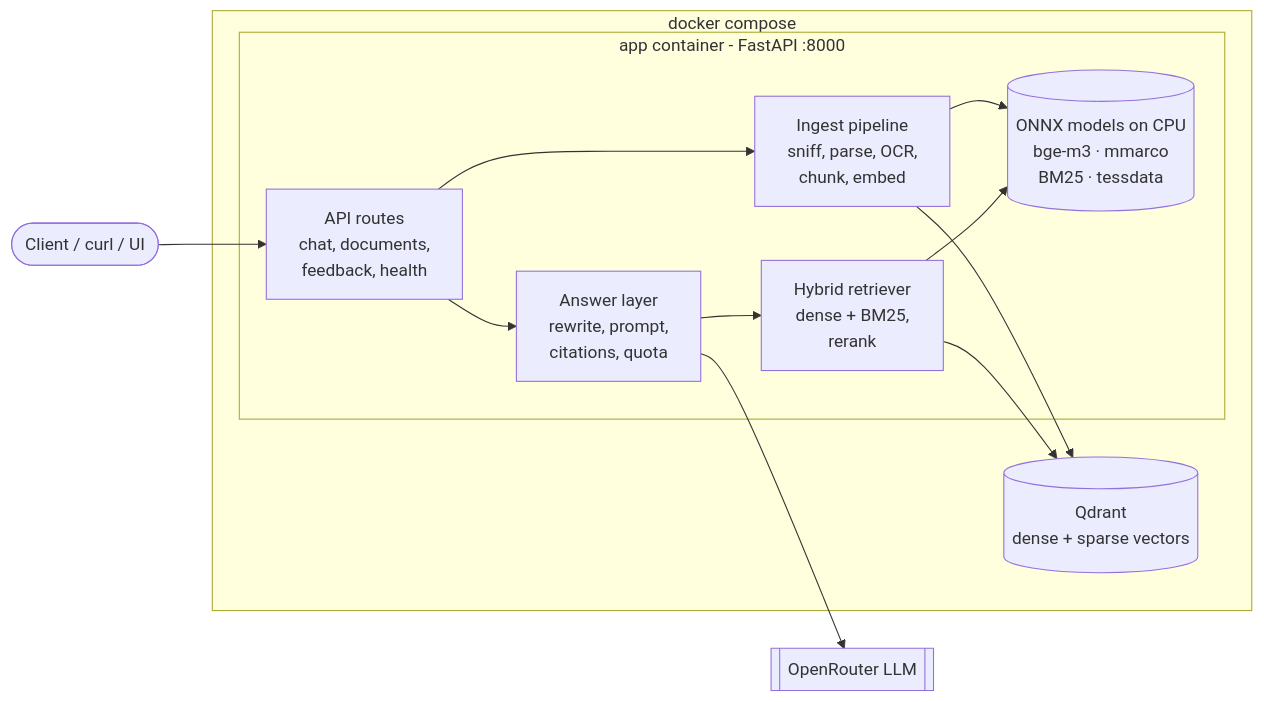
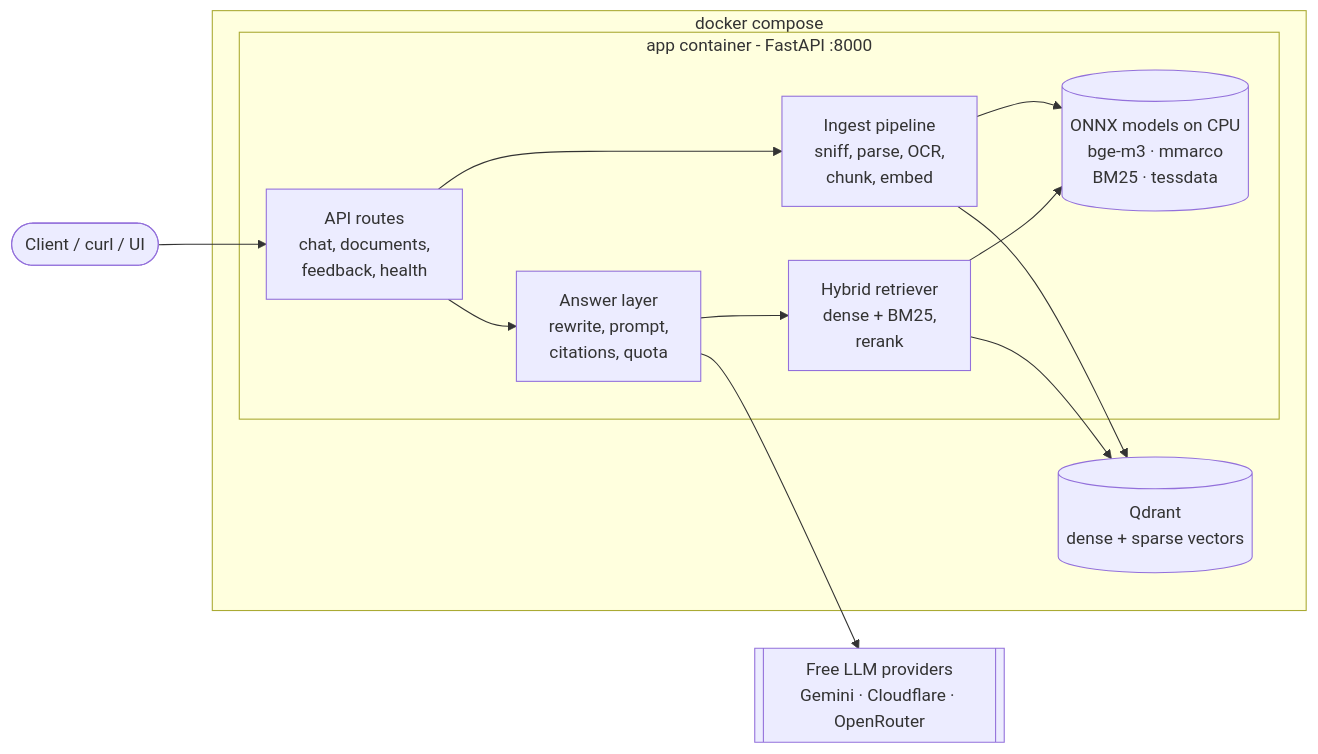
Before and after one commit to MicroClub-USTHB/micro-bot: the diagram in README.md, drawn with Mermaid. The commit also changed other lines of this file and 2 other files, not shown here.

Commit message:
docs: document the free llm providers and the answer cache

````diff
--- a/README.md
+++ b/README.md
@@ -83,27 +85,27 @@
 ```mermaid
 flowchart LR
     client([Client / curl / UI])
 
     subgraph compose[docker compose]
         subgraph app[app container - FastAPI :8000]
             api[API routes<br/>chat, documents,<br/>feedback, health]
             ingest[Ingest pipeline<br/>sniff, parse, OCR,<br/>chunk, embed]
             retr[Hybrid retriever<br/>dense + BM25,<br/>rerank]
             ans[Answer layer<br/>rewrite, prompt,<br/>citations, quota]
             models[(ONNX models on CPU<br/>bge-m3 · mmarco<br/>BM25 · tessdata)]
         end
         qdrant[(Qdrant<br/>dense + sparse vectors)]
     end
 
-    llm[[OpenRouter LLM]]
+    llm[[Free LLM providers<br/>Gemini · Cloudflare · OpenRouter]]
 
     client --> api
     api --> ingest
     api --> ans
     ans --> retr
     ingest --> models
     retr --> models
     ingest --> qdrant
     retr --> qdrant
     ans --> llm
 ```
````
